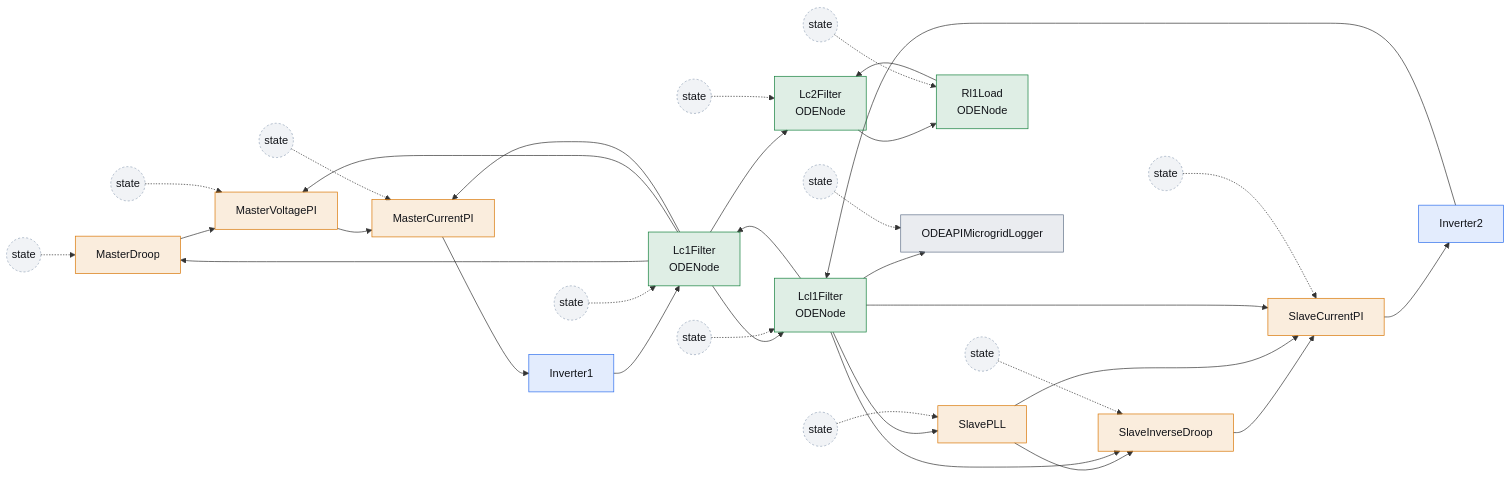
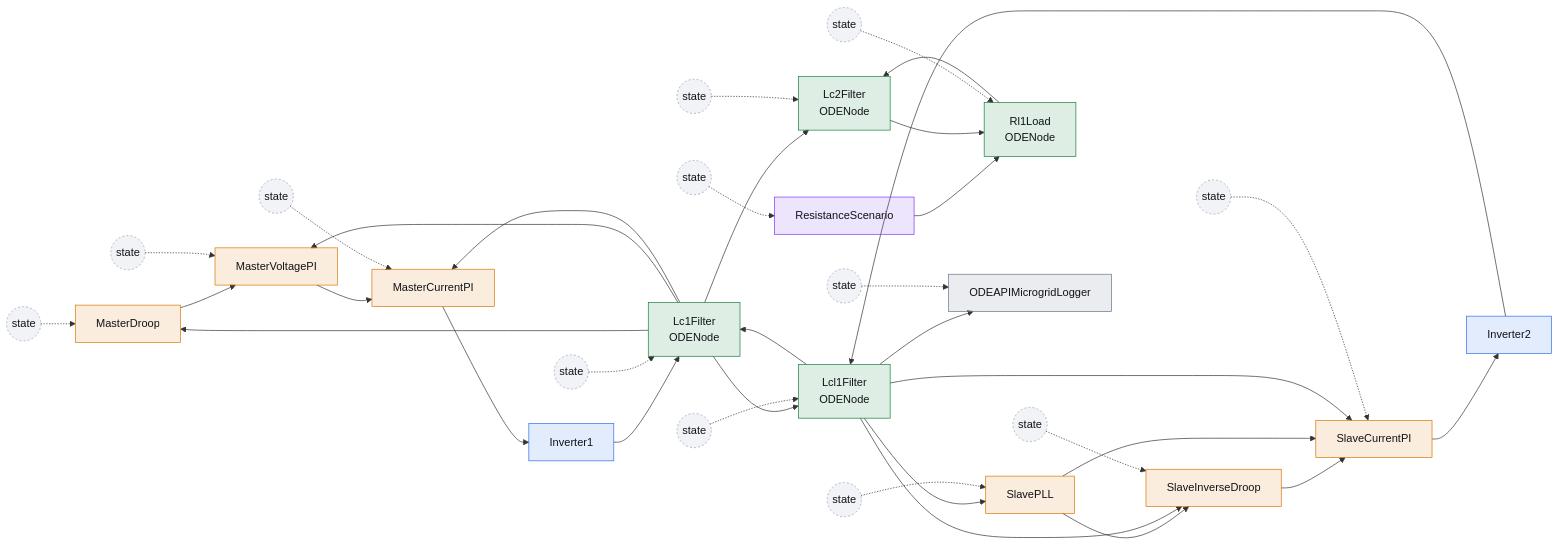
Before and after one commit to aidagroup/regelum: the second of 2 diagrams in docs/examples/two_inverter_static_droop.md, drawn with Mermaid. The commit also changed other lines of this file and 9 other files, not shown here.

````diff
--- a/docs/examples/two_inverter_static_droop.md
+++ b/docs/examples/two_inverter_static_droop.md
@@ -260,49 +305,53 @@
 ```mermaid
 flowchart LR
     masterDroop["MasterDroop"] --> masterVoltagePI["MasterVoltagePI"]
     masterVoltagePI --> masterCurrentPI["MasterCurrentPI"]
     masterCurrentPI --> inv1["Inverter1"]
 
     slavePLL["SlavePLL"] --> slaveInverseDroop["SlaveInverseDroop"]
     slaveInverseDroop --> slaveCurrentPI["SlaveCurrentPI"]
     slavePLL --> slaveCurrentPI
     slaveCurrentPI --> inv2["Inverter2"]
+    scenario["ResistanceScenario"] --> rl1["Rl1Load<br/>ODENode"]
 
     inv1 --> lc1["Lc1Filter<br/>ODENode"]
     inv2 --> lcl1["Lcl1Filter<br/>ODENode"]
     lcl1 --> lc1
     lc1 --> lcl1
     lc1 --> lc2["Lc2Filter<br/>ODENode"]
-    lc2 --> rl1["Rl1Load<br/>ODENode"]
+    lc2 --> rl1
     rl1 --> lc2
     lc1 --> masterDroop
     lc1 --> masterVoltagePI
     lc1 --> masterCurrentPI
     lcl1 --> slavePLL
     lcl1 --> slaveInverseDroop
     lcl1 --> slaveCurrentPI
     lcl1 --> logger["ODEAPIMicrogridLogger"]
 
     master_droop_state(("state")) -.-> masterDroop
     master_voltage_pi_state(("state")) -.-> masterVoltagePI
     master_current_pi_state(("state")) -.-> masterCurrentPI
     slave_pll_state(("state")) -.-> slavePLL
     slave_inverse_state(("state")) -.-> slaveInverseDroop
     slave_current_pi_state(("state")) -.-> slaveCurrentPI
     lc1_state(("state")) -.-> lc1
     lcl1_state(("state")) -.-> lcl1
     lc2_state(("state")) -.-> lc2
     rl1_state(("state")) -.-> rl1
     logger_state(("state")) -.-> logger
+    scenario_state(("state")) -.-> scenario
 
     classDef control fill:#d9770622,stroke:#d97706,color:#111318
     classDef inverters fill:#2f6fed22,stroke:#2f6fed,color:#111318
+    classDef scenarioPhase fill:#7c3aed22,stroke:#7c3aed,color:#111318
     classDef electrical fill:#15803d22,stroke:#15803d,color:#111318
     classDef log fill:#64748b22,stroke:#64748b,color:#111318
     classDef state fill:#94a3b822,stroke:#94a3b8,stroke-dasharray:3 3,color:#111318
     class masterDroop,masterVoltagePI,masterCurrentPI,slavePLL,slaveInverseDroop,slaveCurrentPI control
     class inv1,inv2 inverters
+    class scenario scenarioPhase
     class lc1,lcl1,lc2,rl1 electrical
     class logger log
-    class master_droop_state,master_voltage_pi_state,master_current_pi_state,slave_pll_state,slave_inverse_state,slave_current_pi_state,lc1_state,lcl1_state,lc2_state,rl1_state,logger_state state
+    class master_droop_state,master_voltage_pi_state,master_current_pi_state,slave_pll_state,slave_inverse_state,slave_current_pi_state,scenario_state,lc1_state,lcl1_state,lc2_state,rl1_state,logger_state state
 ```
````
